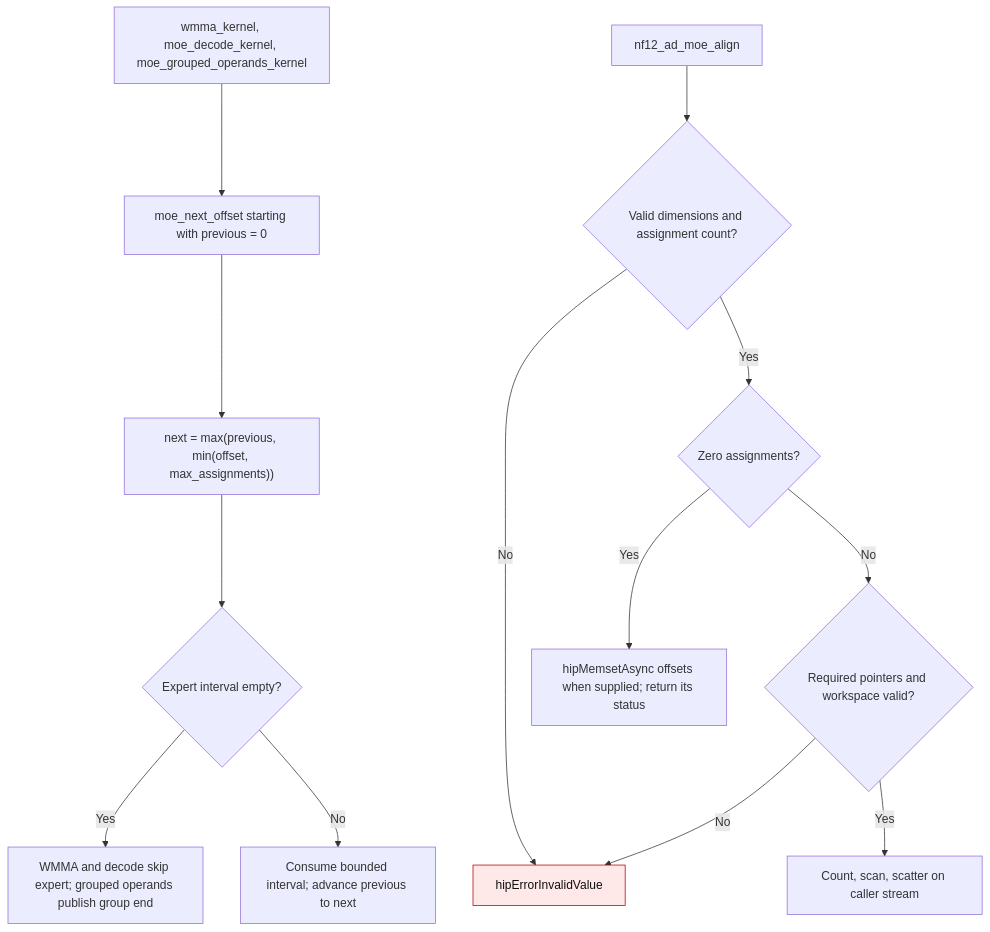
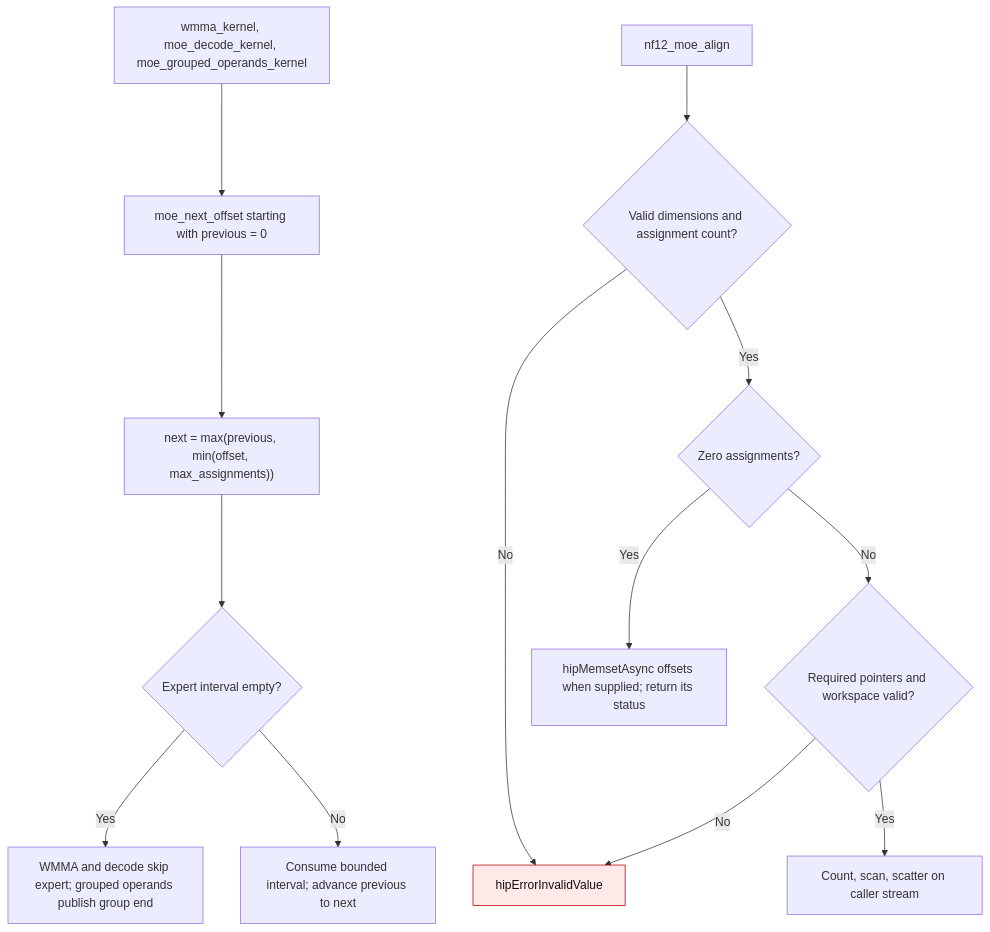
Before and after one commit to ModelCloud/GPTQModel: the sixth of 9 diagrams in docs/nf12-hip-device-workspace.md, drawn with Mermaid. The commit also changed other lines of this file and 115 other files, not shown here.

````diff
--- a/docs/nf12-hip-device-workspace.md
+++ b/docs/nf12-hip-device-workspace.md
@@ -212,17 +212,17 @@
 ```mermaid
 flowchart TD
     A["wmma_kernel, moe_decode_kernel, moe_grouped_operands_kernel"] --> B["moe_next_offset starting with previous = 0"]
     B --> C["next = max(previous, min(offset, max_assignments))"]
     C --> D{"Expert interval empty?"}
     D -- Yes --> E["WMMA and decode skip expert; grouped operands publish group end"]
     D -- No --> F["Consume bounded interval; advance previous to next"]
-    G["nf12_ad_moe_align"] --> H{"Valid dimensions and assignment count?"}
+    G["nf12_moe_align"] --> H{"Valid dimensions and assignment count?"}
     H -- No --> X["hipErrorInvalidValue"]
     H -- Yes --> I{"Zero assignments?"}
     I -- Yes --> J["hipMemsetAsync offsets when supplied; return its status"]
     I -- No --> K{"Required pointers and workspace valid?"}
     K -- No --> X
     K -- Yes --> L["Count, scan, scatter on caller stream"]
     classDef failure fill:#ffe8e8,stroke:#b30000,color:#111;
     class X failure;
 ```
````
